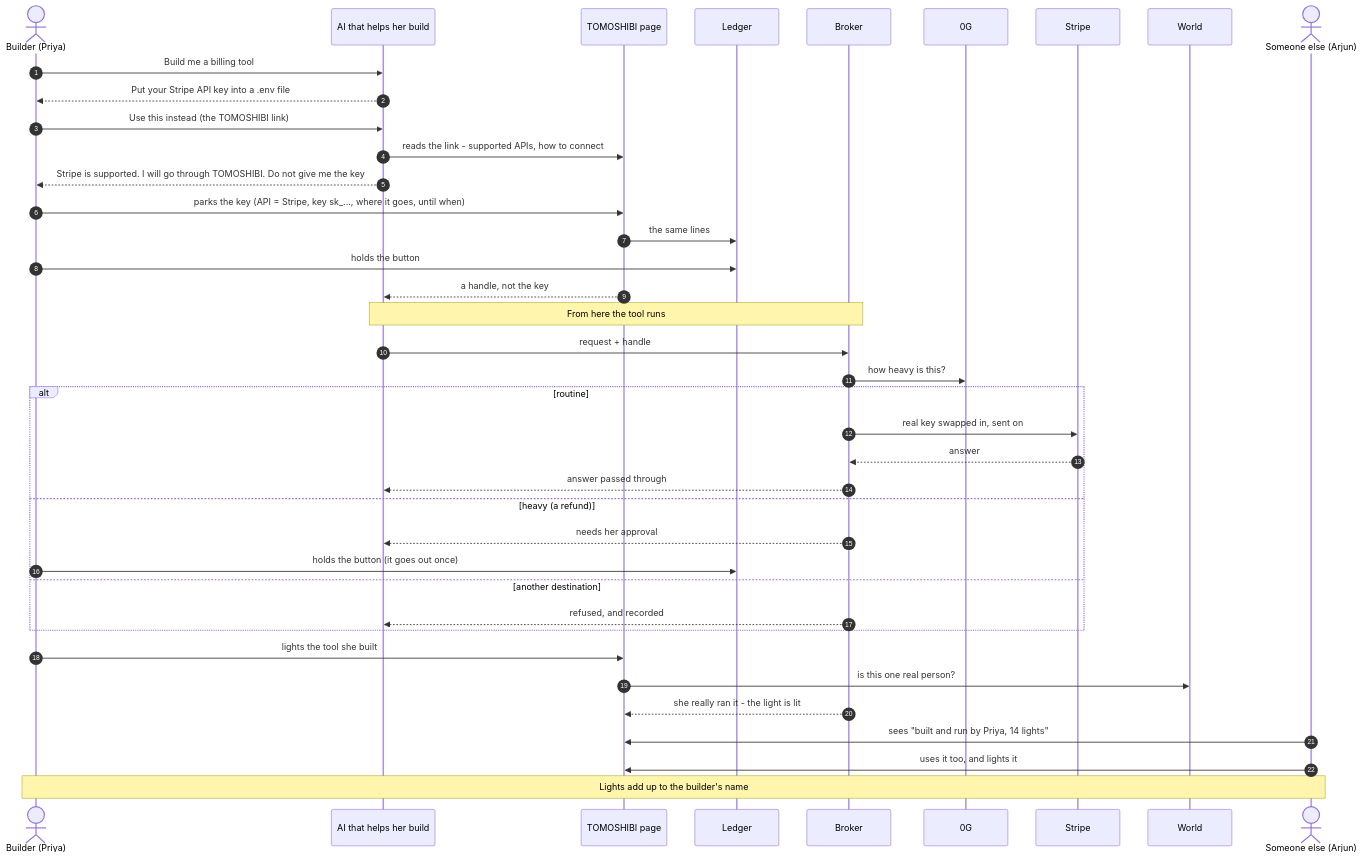
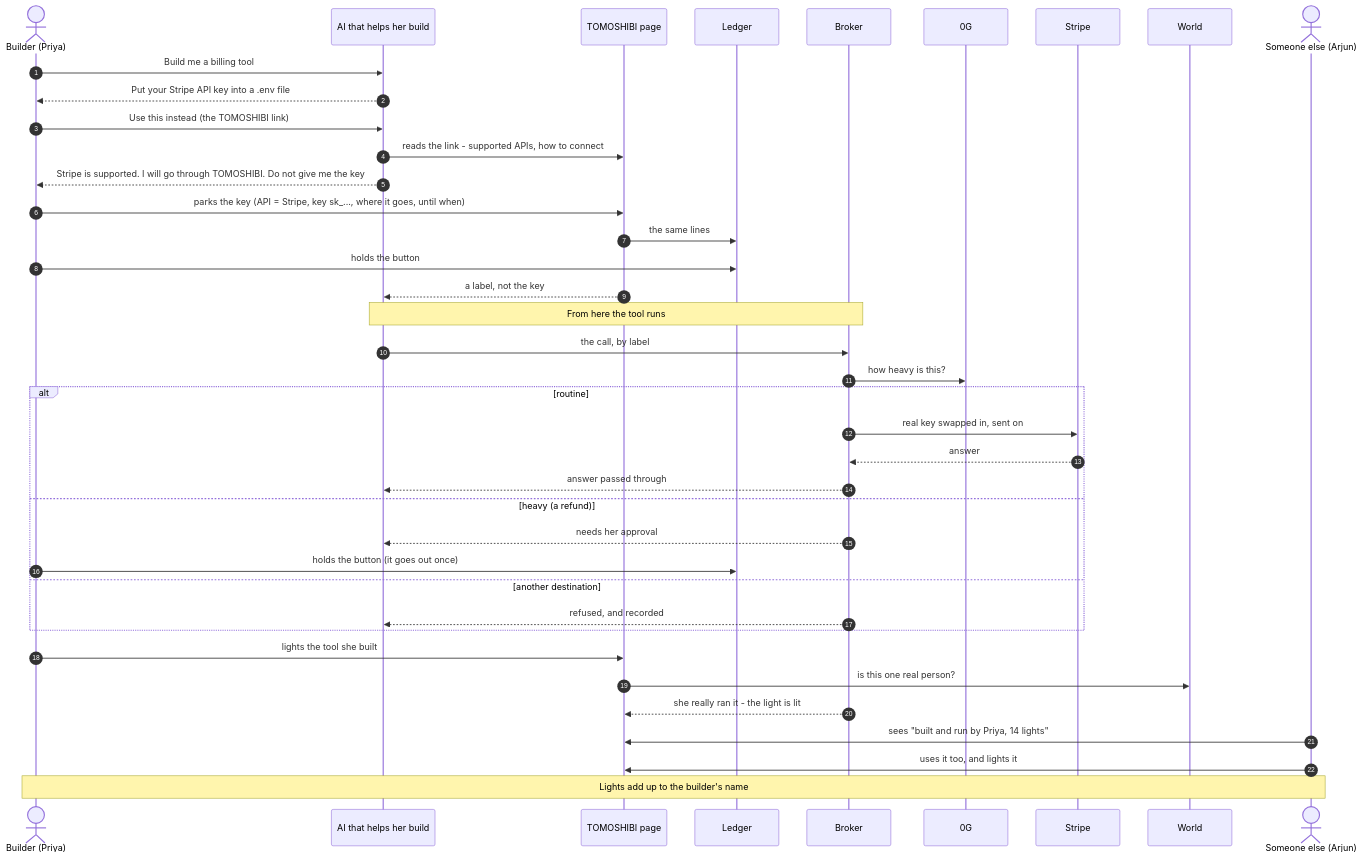
The second of 2 diagrams in docs/NEW-DIRECTION.md (kou-uni/ethglobal-mumbai), drawn with Mermaid before and after one commit. The commit also changed other lines of this file and 2 other files, not shown here.

Commit message:
docs/NEW-DIRECTION.md: use the README's words (switchboard, label, row)

````diff
--- a/docs/NEW-DIRECTION.md
+++ b/docs/NEW-DIRECTION.md
@@ -48,41 +50,41 @@
 ```mermaid
 sequenceDiagram
   autonumber
   actor P as Builder (Priya)
   participant AI as AI that helps her build
   participant G as TOMOSHIBI page
   participant L as Ledger
   participant B as Broker
   participant Z as 0G
   participant S as Stripe
   participant W as World
   actor O as Someone else (Arjun)
   P->>AI: Build me a billing tool
   AI-->>P: Put your Stripe API key into a .env file
   P->>AI: Use this instead (the TOMOSHIBI link)
   AI->>G: reads the link - supported APIs, how to connect
   AI-->>P: Stripe is supported. I will go through TOMOSHIBI. Do not give me the key
   P->>G: parks the key (API = Stripe, key sk_..., where it goes, until when)
   G->>L: the same lines
   P->>L: holds the button
-  G-->>AI: a handle, not the key
+  G-->>AI: a label, not the key
   Note over AI,B: From here the tool runs
-  AI->>B: request + handle
+  AI->>B: the call, by label
   B->>Z: how heavy is this?
   alt routine
     B->>S: real key swapped in, sent on
     S-->>B: answer
     B-->>AI: answer passed through
   else heavy (a refund)
     B-->>AI: needs her approval
     P->>L: holds the button (it goes out once)
   else another destination
     B-->>AI: refused, and recorded
   end
   P->>G: lights the tool she built
   G->>W: is this one real person?
   B-->>G: she really ran it - the light is lit
   O->>G: sees "built and run by Priya, 14 lights"
   O->>G: uses it too, and lights it
   Note over P,O: Lights add up to the builder's name
 ```
````
